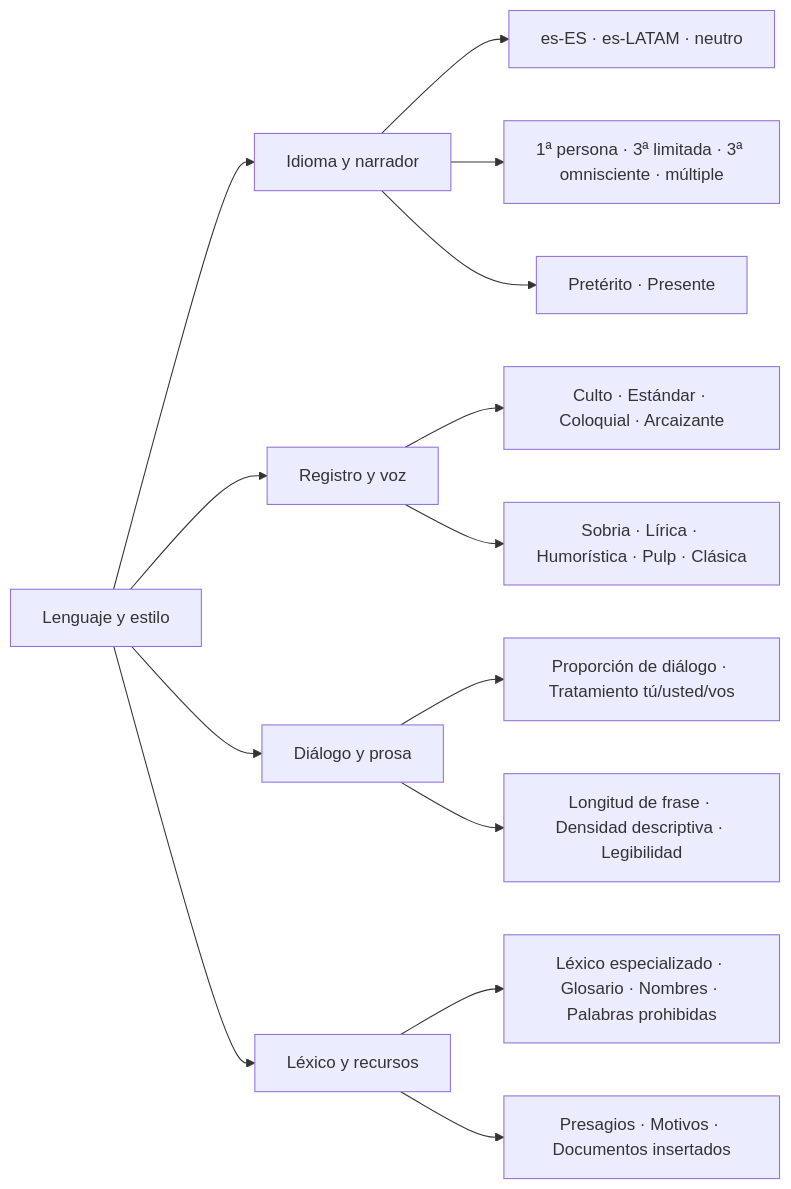
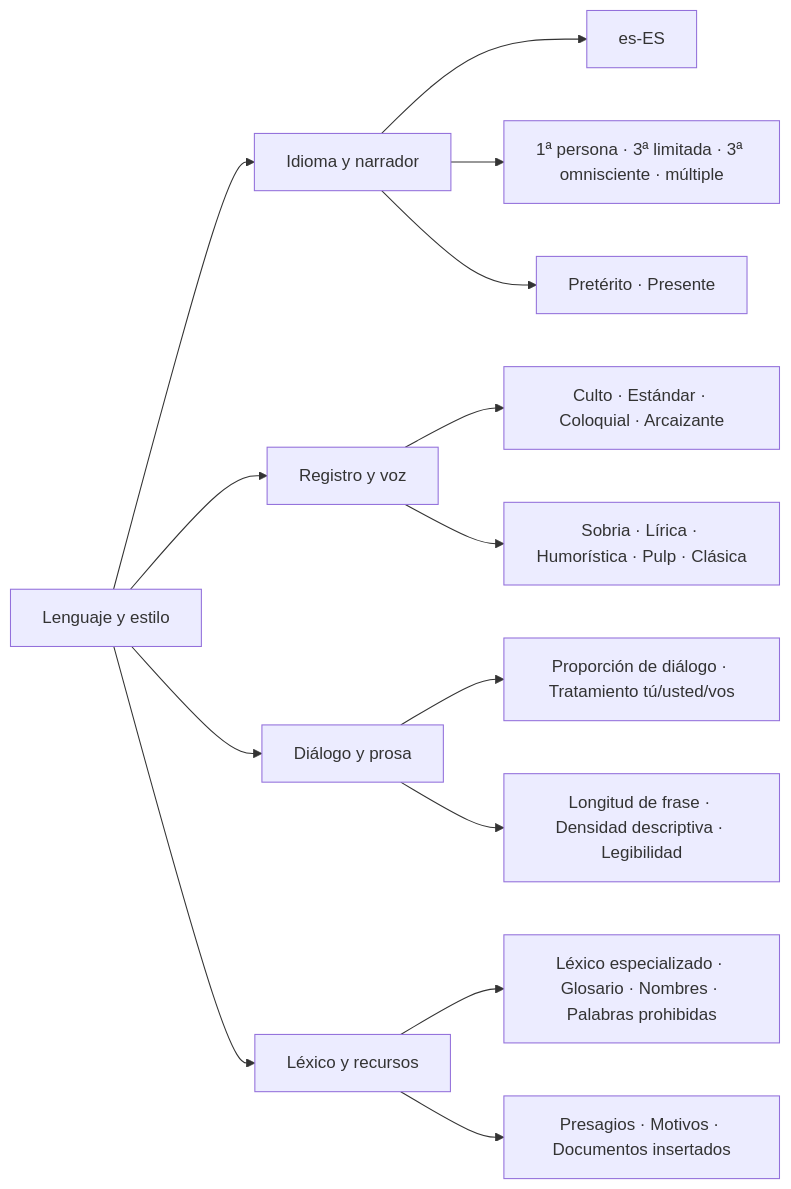
The seventh of 11 diagrams in docs/domain-knowledge.md (Asieribarz/my-story-marker), drawn with Mermaid before and after one commit. The commit also changed other lines of this file and 6 other files, not shown here.

````diff
--- a/docs/domain-knowledge.md
+++ b/docs/domain-knowledge.md
@@ -154,20 +162,20 @@
 ```mermaid
 flowchart LR
   L["Lenguaje y estilo"] --> L1["Idioma y narrador"]
   L --> L2["Registro y voz"]
   L --> L3["Diálogo y prosa"]
   L --> L4["Léxico y recursos"]
 
-  L1 --> L1a["es-ES · es-LATAM · neutro"]
+  L1 --> L1a["es-ES"]
   L1 --> L1b["1ª persona · 3ª limitada · 3ª omnisciente · múltiple"]
   L1 --> L1c["Pretérito · Presente"]
 
   L2 --> L2a["Culto · Estándar · Coloquial · Arcaizante"]
   L2 --> L2b["Sobria · Lírica · Humorística · Pulp · Clásica"]
 
   L3 --> L3a["Proporción de diálogo · Tratamiento tú/usted/vos"]
   L3 --> L3b["Longitud de frase · Densidad descriptiva · Legibilidad"]
 
   L4 --> L4a["Léxico especializado · Glosario · Nombres · Palabras prohibidas"]
   L4 --> L4b["Presagios · Motivos · Documentos insertados"]
 ```
````
